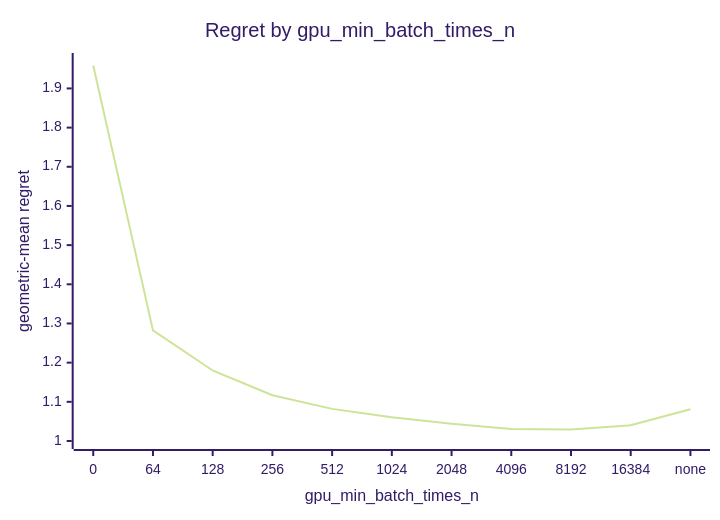
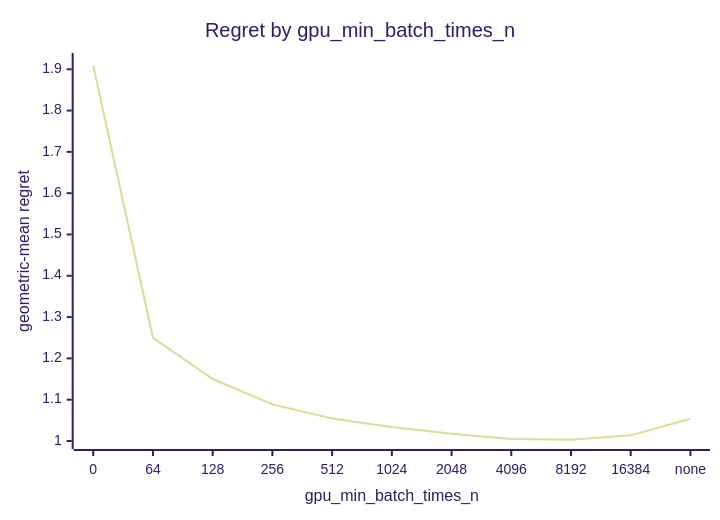
One commit to c0rmac/metal-linalg changed the fifth of 7 diagrams in docs/results/apple-m5-pro-20gpu/20261009-b60ec0/eigh/report.md. Above: the diagram before and after it, drawn with Mermaid (forest theme). The commit also changed other lines of this file and 35 other files, not shown here.

````diff
--- a/docs/results/apple-m5-pro-20gpu/20261009-b60ec0/eigh/report.md
+++ b/docs/results/apple-m5-pro-20gpu/20261009-b60ec0/eigh/report.md
@@ -183,7 +182,7 @@
 ```mermaid
 xychart-beta
     title "Regret by gpu_min_batch_times_n"
     x-axis "gpu_min_batch_times_n" [0, 64, 128, 256, 512, 1024, 2048, 4096, 8192, 16384, none]
-    y-axis "geometric-mean regret" 1.0 --> 1.97
-    line [1.9584, 1.2824, 1.1800, 1.1169, 1.0820, 1.0605, 1.0441, 1.0309, 1.0291, 1.0401, 1.0812]
+    y-axis "geometric-mean regret" 1.0 --> 1.92
+    line [1.9088, 1.2499, 1.1501, 1.0886, 1.0546, 1.0337, 1.0177, 1.0048, 1.0031, 1.0137, 1.0538]
 ```
````
